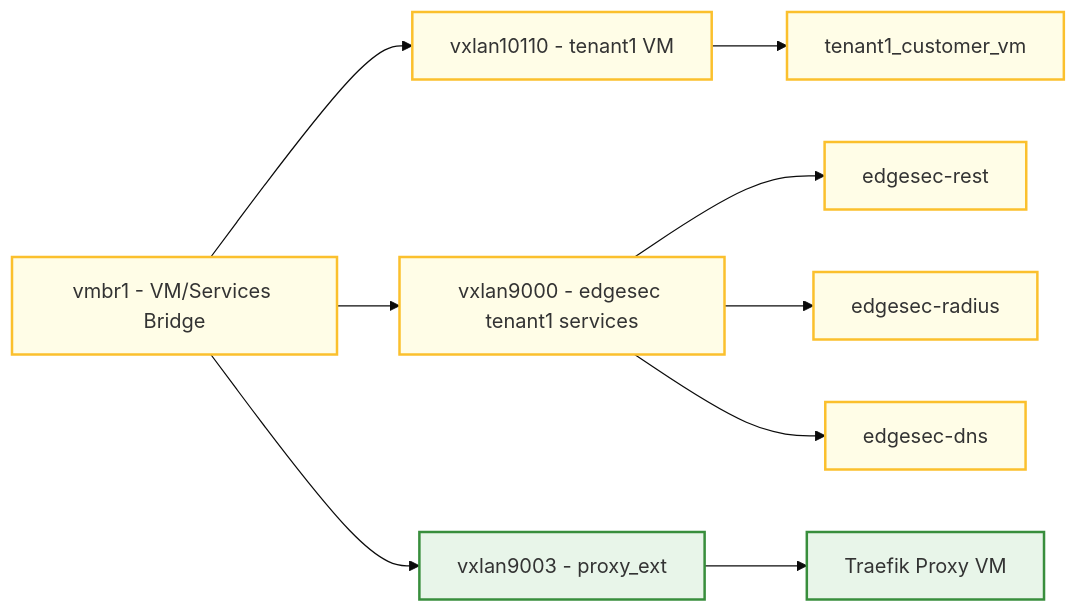
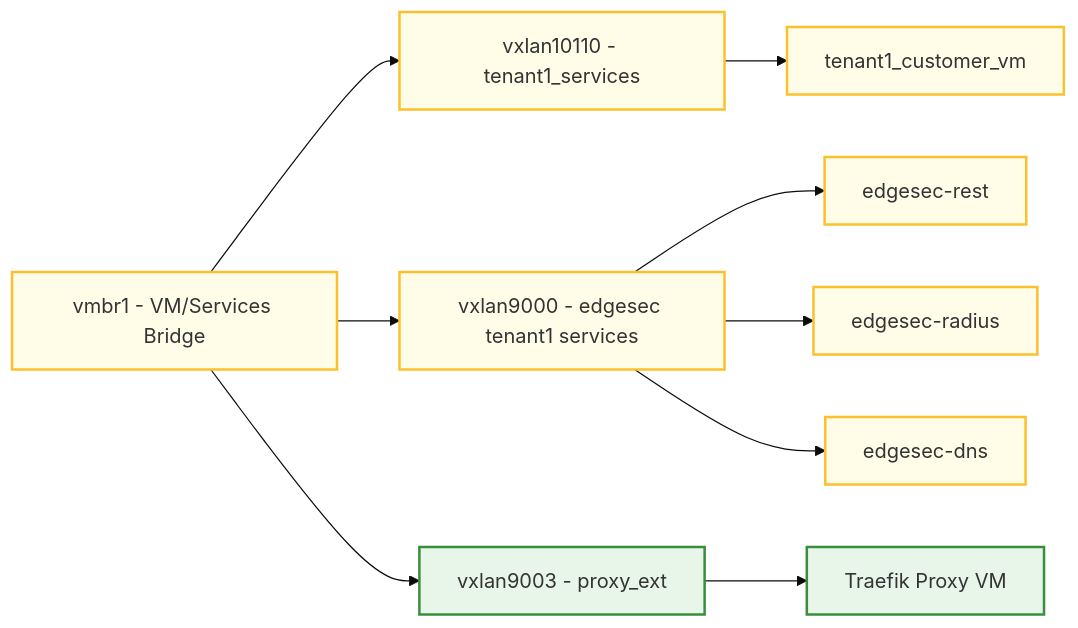
One commit to CEP-Comwell/proxmox_addons changed the third of 4 diagrams in README.md. Above: the diagram before and after it, drawn with Mermaid (base theme). The commit also changed other lines of this file, not shown here.

````diff
--- a/README.md
+++ b/README.md
@@ -95,26 +95,26 @@
 ```mermaid
 graph LR
 VMBridge[vmbr1 - VM/Services Bridge]
-VX10110[vxlan10110 - tenant1 VM]
+VX10110[vxlan10110 - tenant1_services]
 VX9000[vxlan9000 - edgesec tenant1 services]
 VX9003[vxlan9003 - proxy_ext]
 CustVM[tenant1_customer_vm]
 RestVM[edgesec-rest]
 RadiusVM[edgesec-radius]
 DNSVM[edgesec-dns]
 ProxyVM[Traefik Proxy VM]
 
 VMBridge --> VX10110
 VMBridge --> VX9000
 VMBridge --> VX9003
 VX10110 --> CustVM
 VX9000 --> RestVM
 VX9000 --> RadiusVM
 VX9000 --> DNSVM
 VX9003 --> ProxyVM
 
 classDef vm fill:#fffde7,stroke:#fbc02d,stroke-width:2px;
 classDef proxy fill:#e8f5e9,stroke:#388e3c,stroke-width:2px;
 class VMBridge,VX10110,VX9000,CustVM,RestVM,RadiusVM,DNSVM vm;
 class VX9003,ProxyVM proxy;
 ```
````
